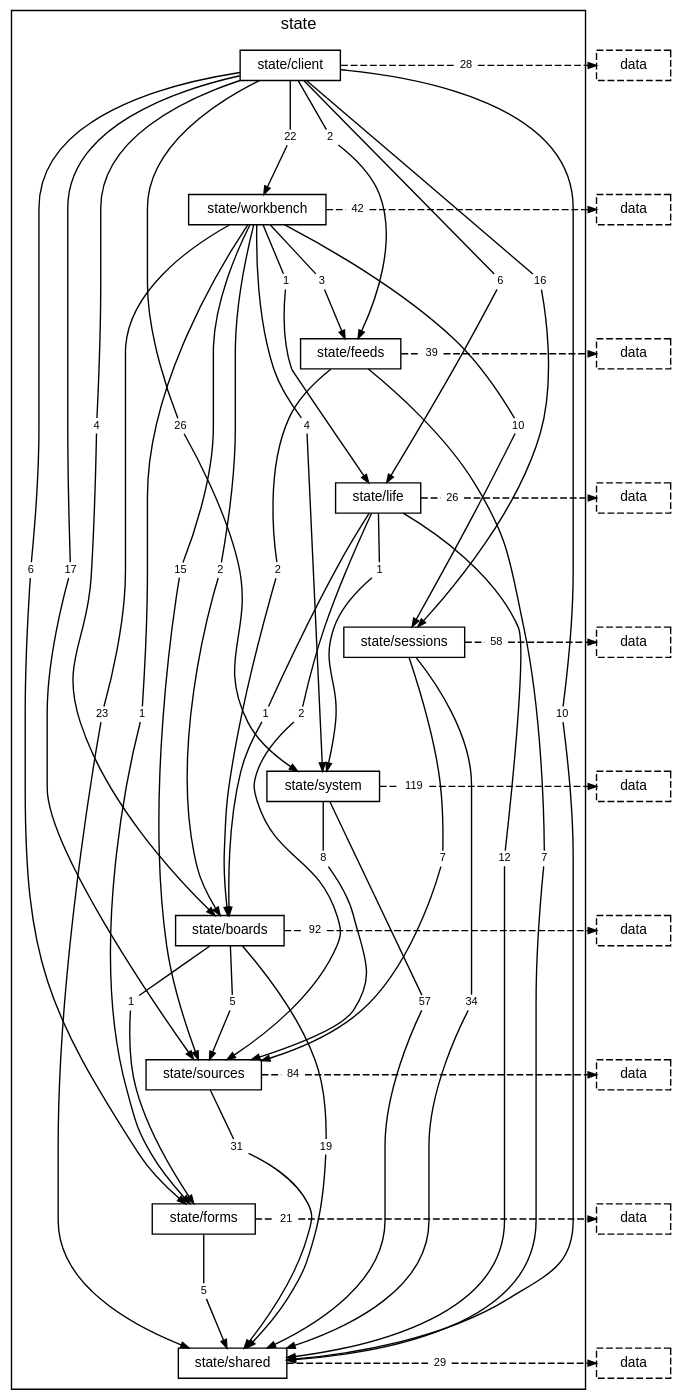
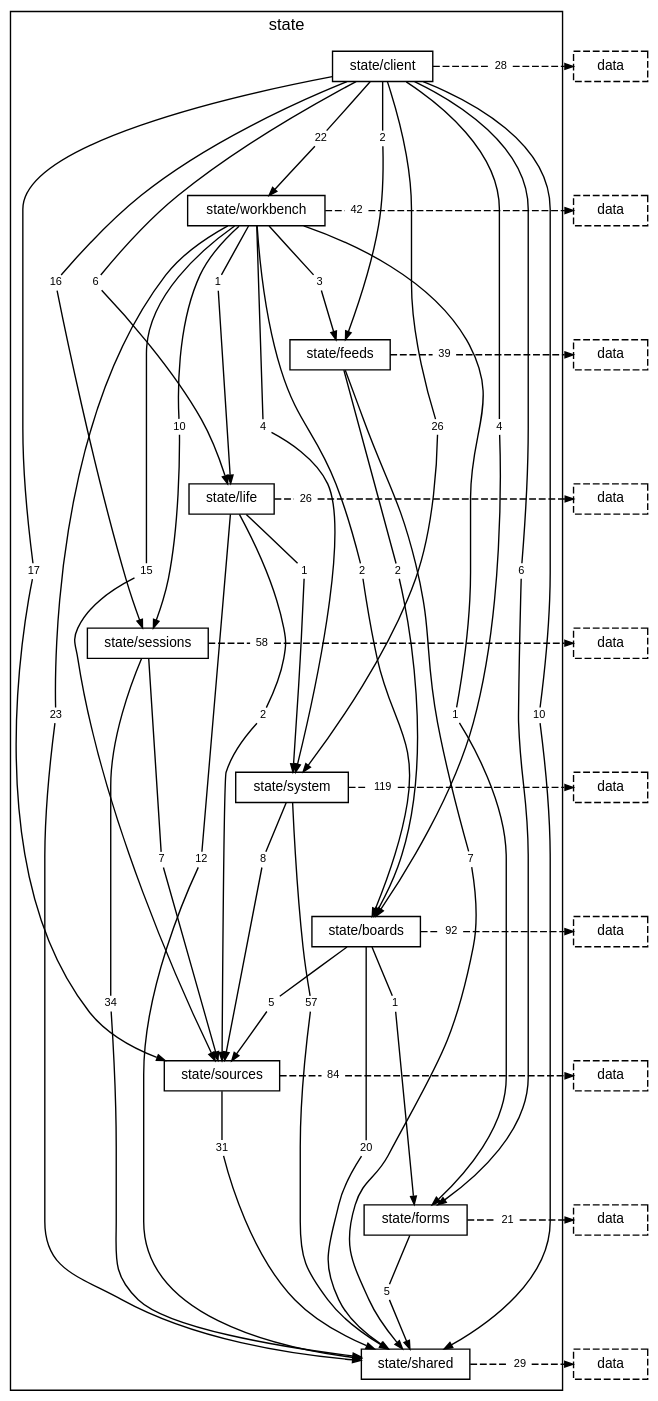
The diagram in docs/diagrams/layer-state.dot (TheAxeC/oculus), drawn with Graphviz before and after one commit. The commit also changed 40 other files, not shown here.

```diff
--- a/docs/diagrams/layer-state.dot
+++ b/docs/diagrams/layer-state.dot
@@ -36,7 +36,6 @@
         "folder state/feeds to folder state/boards" [label="2", shape=box, color="transparent", fontsize=8, width=0, height=0, margin="0.04,0.02"];
         "folder state/feeds to folder state/shared" [label="7", shape=box, color="transparent", fontsize=8, width=0, height=0, margin="0.04,0.02"];
         "folder state/feeds to layer data" [label="39", shape=box, color="transparent", fontsize=8, width=0, height=0, margin="0.04,0.02"];
-        "folder state/life to folder state/boards" [label="1", shape=box, color="transparent", fontsize=8, width=0, height=0, margin="0.04,0.02"];
         "folder state/life to folder state/shared" [label="12", shape=box, color="transparent", fontsize=8, width=0, height=0, margin="0.04,0.02"];
         "folder state/life to folder state/sources" [label="2", shape=box, color="transparent", fontsize=8, width=0, height=0, margin="0.04,0.02"];
         "folder state/life to folder state/system" [label="1", shape=box, color="transparent", fontsize=8, width=0, height=0, margin="0.04,0.02"];
@@ -48,7 +47,7 @@
         "folder state/system to folder state/sources" [label="8", shape=box, color="transparent", fontsize=8, width=0, height=0, margin="0.04,0.02"];
         "folder state/system to layer data" [label="119", shape=box, color="transparent", fontsize=8, width=0, height=0, margin="0.04,0.02"];
         "folder state/boards to folder state/forms" [label="1", shape=box, color="transparent", fontsize=8, width=0, height=0, margin="0.04,0.02"];
-        "folder state/boards to folder state/shared" [label="19", shape=box, color="transparent", fontsize=8, width=0, height=0, margin="0.04,0.02"];
+        "folder state/boards to folder state/shared" [label="20", shape=box, color="transparent", fontsize=8, width=0, height=0, margin="0.04,0.02"];
         "folder state/boards to folder state/sources" [label="5", shape=box, color="transparent", fontsize=8, width=0, height=0, margin="0.04,0.02"];
         "folder state/boards to layer data" [label="92", shape=box, color="transparent", fontsize=8, width=0, height=0, margin="0.04,0.02"];
         "folder state/sources to folder state/shared" [label="31", shape=box, color="transparent", fontsize=8, width=0, height=0, margin="0.04,0.02"];
@@ -123,8 +122,6 @@
     "folder state/feeds" -> "folder state/feeds to layer data" [arrowhead=none, style=dashed];
     "folder state/feeds to layer data" -> "layer data from folder state/feeds" [style=dashed];
     { rank=same; "folder state/feeds"; "folder state/feeds to layer data"; "layer data from folder state/feeds"; }
-    "folder state/life" -> "folder state/life to folder state/boards" [arrowhead=none, minlen=3, weight=10];
-    "folder state/life to folder state/boards" -> "folder state/boards" [];
     "folder state/life" -> "folder state/life to folder state/shared" [arrowhead=none, minlen=5, weight=10];
     "folder state/life to folder state/shared" -> "folder state/shared" [];
     "folder state/life" -> "folder state/life to folder state/sources" [arrowhead=none, minlen=3, weight=10];
```
